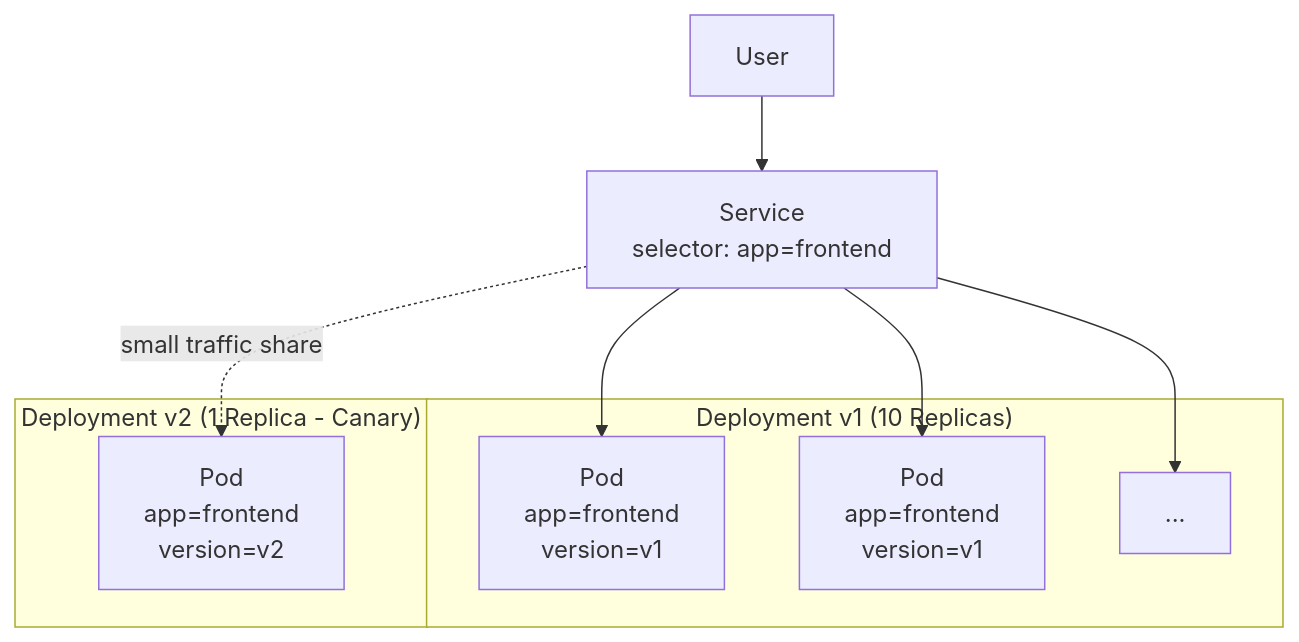
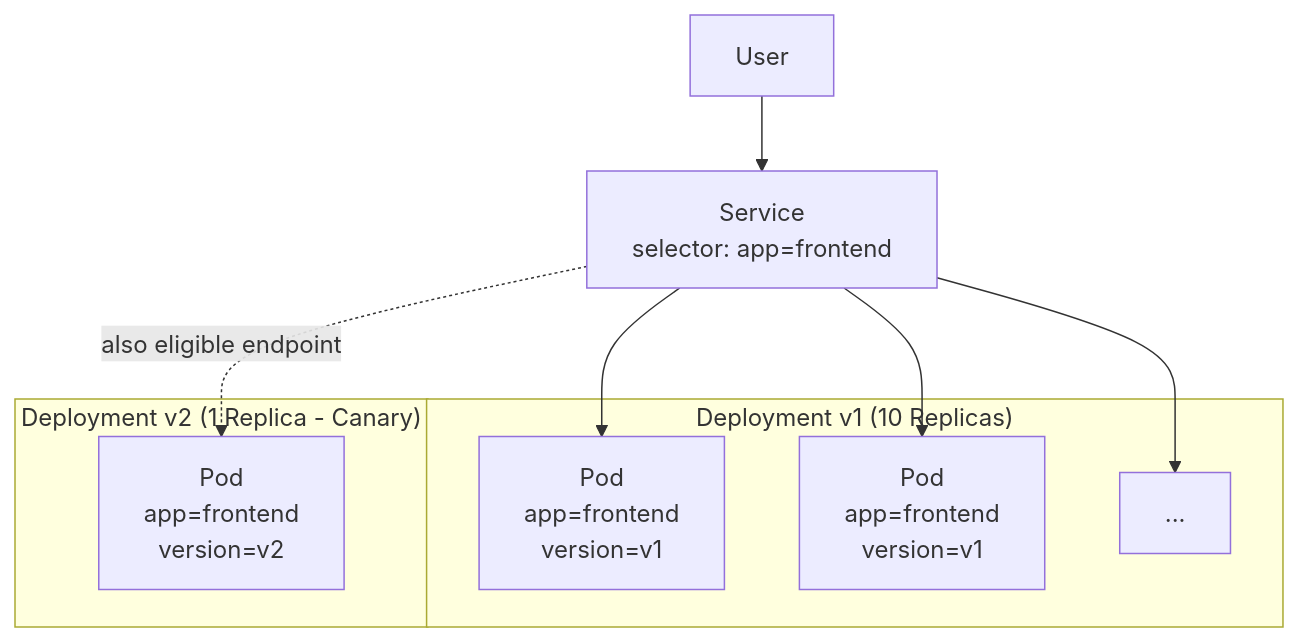
One commit to kube-dojo/kube-dojo.github.io changed the second of 2 diagrams in src/content/docs/prerequisites/kubernetes-basics/module-1.7-namespaces-labels.md. Above: the diagram before and after it, drawn with Mermaid. The commit also changed other lines of this file, not shown here.

````diff
--- a/src/content/docs/prerequisites/kubernetes-basics/module-1.7-namespaces-labels.md
+++ b/src/content/docs/prerequisites/kubernetes-basics/module-1.7-namespaces-labels.md
@@ -265,19 +265,19 @@
 ```mermaid
 graph TD
     User-->SVC["Service<br>selector: app=frontend"]
 
     subgraph "Deployment v1 (10 Replicas)"
         P1["Pod<br>app=frontend<br>version=v1"]
         P2["Pod<br>app=frontend<br>version=v1"]
         P3["..."]
     end
 
     subgraph "Deployment v2 (1 Replica - Canary)"
         P4["Pod<br>app=frontend<br>version=v2"]
     end
 
     SVC-->P1
     SVC-->P2
     SVC-->P3
-    SVC-. "small traffic share" .->P4
+    SVC-. "also eligible endpoint" .->P4
 ```
````
